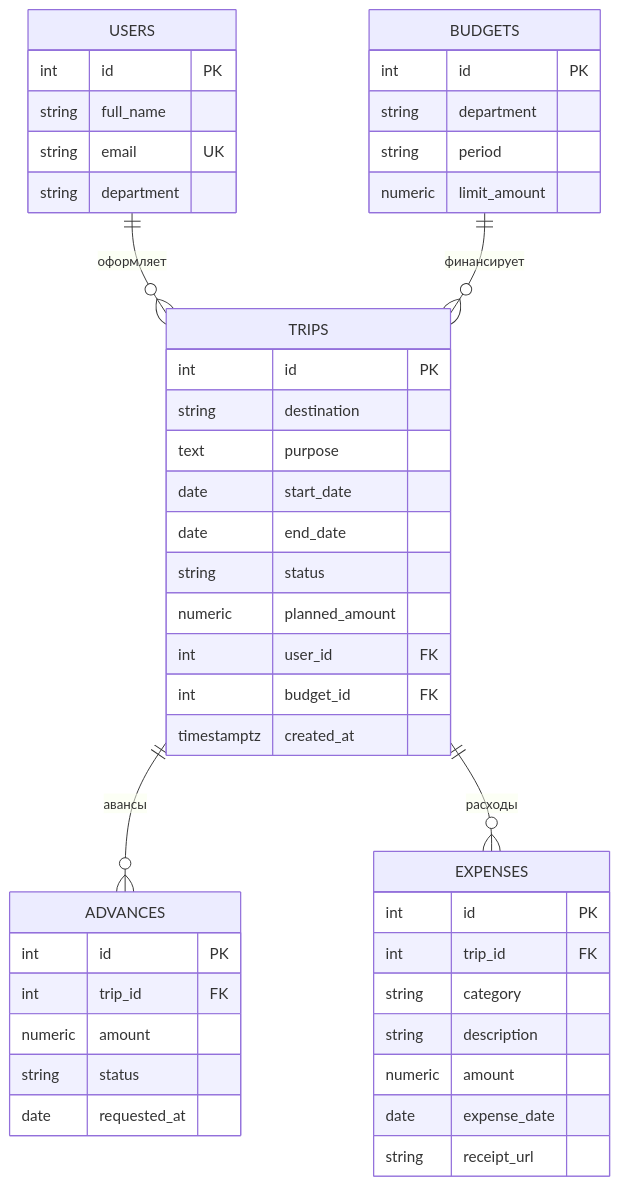
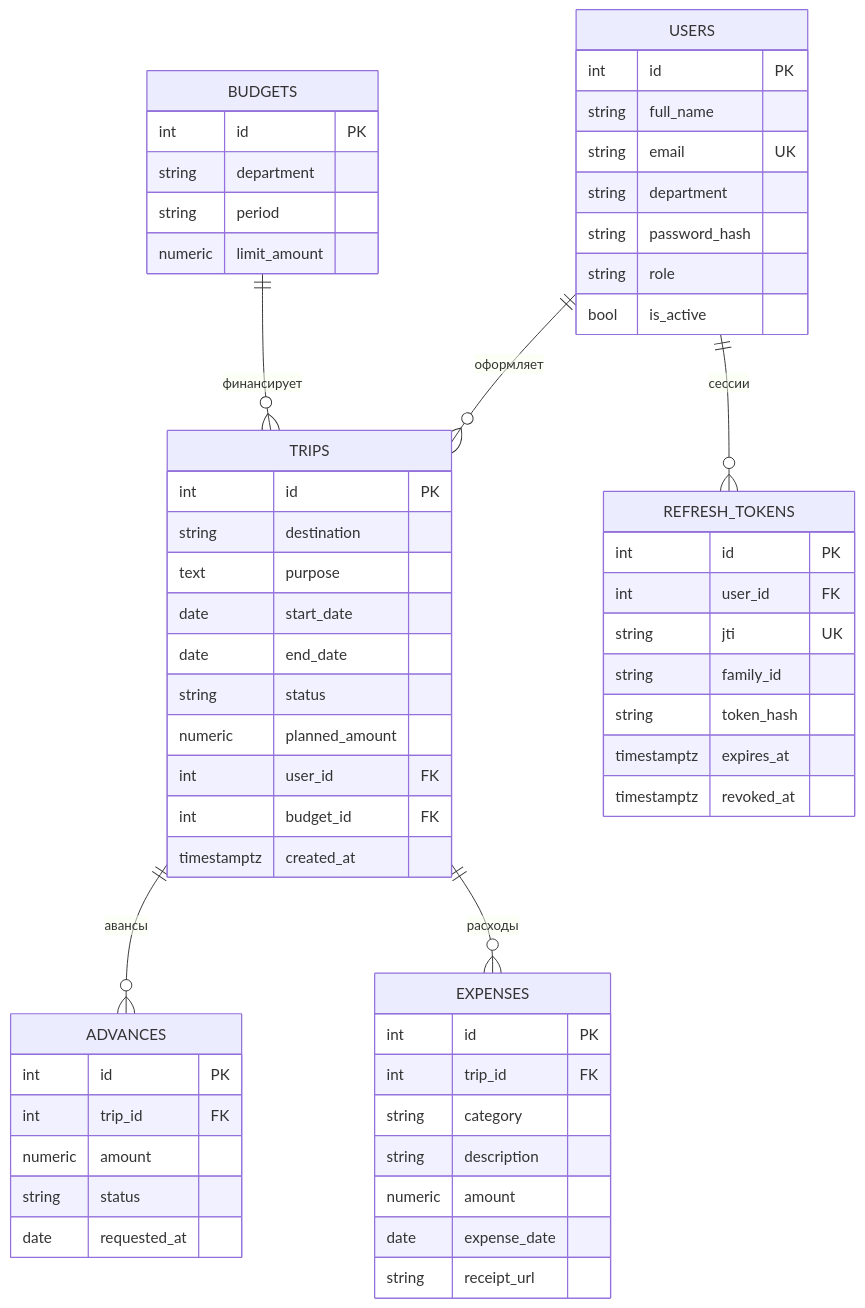
One commit to LoopLip/travel-expenses-portal changed the second of 2 diagrams in README.md. Above: the diagram before and after it, drawn with Mermaid. The commit also changed other lines of this file and 4 other files, not shown here.

````diff
--- a/README.md
+++ b/README.md
@@ -154,38 +250,49 @@
 ```mermaid
 erDiagram
     USERS ||--o{ TRIPS : "оформляет"
     BUDGETS ||--o{ TRIPS : "финансирует"
     TRIPS ||--o{ ADVANCES : "авансы"
     TRIPS ||--o{ EXPENSES : "расходы"
+    USERS ||--o{ REFRESH_TOKENS : "сессии"
 
     USERS { int id PK
             string full_name
             string email UK
-            string department }
+            string department
+            string password_hash
+            string role
+            bool is_active }
     BUDGETS { int id PK
               string department
               string period
               numeric limit_amount }
     TRIPS { int id PK
             string destination
             text purpose
             date start_date
             date end_date
             string status
             numeric planned_amount
             int user_id FK
             int budget_id FK
             timestamptz created_at }
     ADVANCES { int id PK
                int trip_id FK
                numeric amount
                string status
                date requested_at }
     EXPENSES { int id PK
                int trip_id FK
                string category
                string description
                numeric amount
                date expense_date
                string receipt_url }
+    REFRESH_TOKENS { int id PK
+                     int user_id FK
+                     string jti UK
+                     string family_id
+                     string token_hash
+                     timestamptz expires_at
+                     timestamptz revoked_at }
 ```
````
